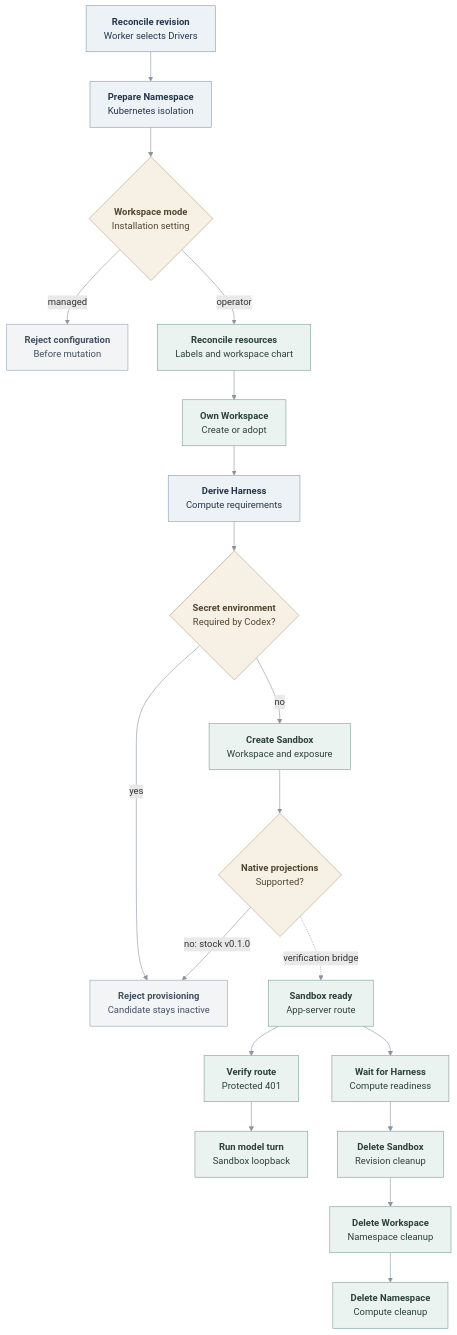
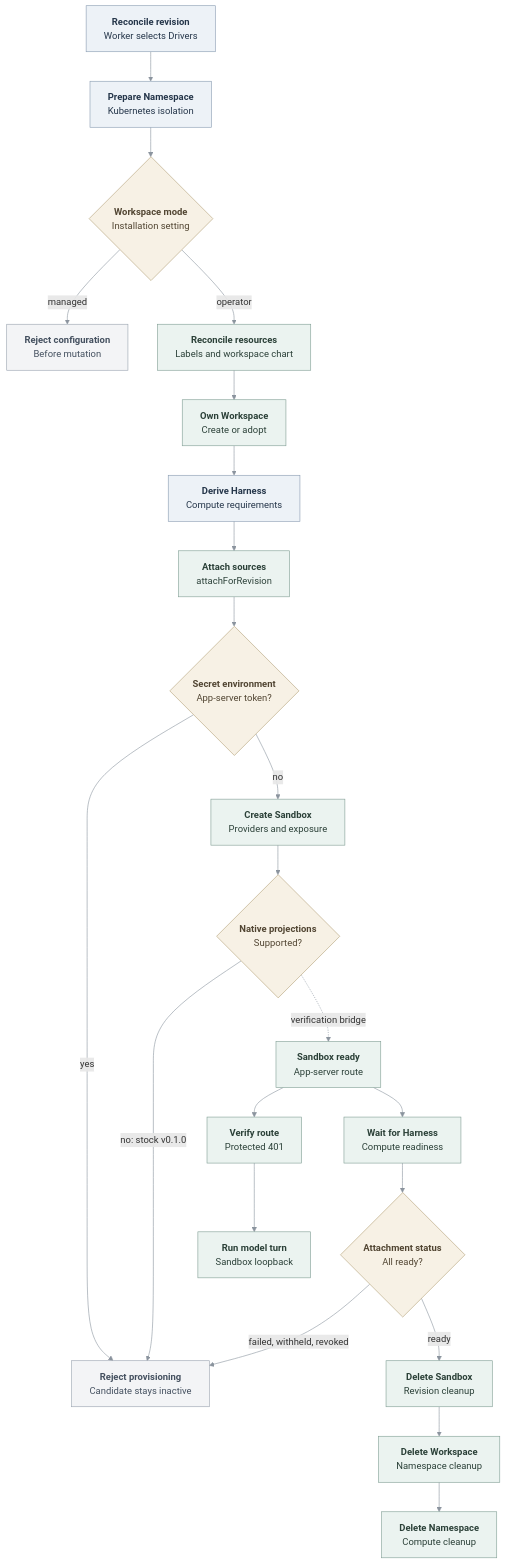
Before and after one commit to IsaiahStapleton/openclaw-enterprise: the diagram in docs/flows/openshell-sandbox-provisioning.md, drawn with Mermaid. The commit also changed other lines of this file and 82 other files, not shown here.

````diff
--- a/docs/flows/openshell-sandbox-provisioning.md
+++ b/docs/flows/openshell-sandbox-provisioning.md
@@ -47,31 +47,34 @@
 ```mermaid
 graph TD
   A["<b>Reconcile revision</b><br/>Worker selects Drivers"] --> B["<b>Prepare Namespace</b><br/>Kubernetes isolation"]
   B --> C{"<b>Workspace mode</b><br/>Installation setting"}
   C -- "managed" --> X["<b>Reject configuration</b><br/>Before mutation"]
   C -- "operator" --> D["<b>Reconcile resources</b><br/>Labels and workspace chart"]
   D --> E["<b>Own Workspace</b><br/>Create or adopt"]
   E --> F["<b>Derive Harness</b><br/>Compute requirements"]
-  F --> G{"<b>Secret environment</b><br/>Required by Codex?"}
+  F --> Q["<b>Attach sources</b><br/>attachForRevision"]
+  Q --> G{"<b>Secret environment</b><br/>App-server token?"}
   G -- "yes" --> R["<b>Reject provisioning</b><br/>Candidate stays inactive"]
-  G -- "no" --> H["<b>Create Sandbox</b><br/>Workspace and exposure"]
+  G -- "no" --> H["<b>Create Sandbox</b><br/>Providers and exposure"]
   H --> I{"<b>Native projections</b><br/>Supported?"}
   I -- "no: stock v0.1.0" --> R
   I -. "verification bridge" .-> J["<b>Sandbox ready</b><br/>App-server route"]
   J --> K["<b>Verify route</b><br/>Protected 401"]
   K --> L["<b>Run model turn</b><br/>Sandbox loopback"]
   J --> M["<b>Wait for Harness</b><br/>Compute readiness"]
-  M --> N["<b>Delete Sandbox</b><br/>Revision cleanup"]
+  M --> S{"<b>Attachment status</b><br/>All ready?"}
+  S -- "failed, withheld, revoked" --> R
+  S -- "ready" --> N["<b>Delete Sandbox</b><br/>Revision cleanup"]
   N --> O["<b>Delete Workspace</b><br/>Namespace cleanup"]
   O --> P["<b>Delete Namespace</b><br/>Compute cleanup"]
 
   classDef state fill:#EDF2F7,stroke:#879AB0,color:#25364A,stroke-width:1px
   classDef operation fill:#EBF3F0,stroke:#7F9D93,color:#2B4038,stroke-width:1px
   classDef gate fill:#F7F1E5,stroke:#B3A078,color:#514532,stroke-width:1px
   classDef blocked fill:#F3F4F6,stroke:#98A2AE,color:#44505F,stroke-width:1px
   class A,B,F state
-  class D,E,H,J,K,L,M,N,O,P operation
-  class C,G,I gate
+  class D,E,Q,H,J,K,L,M,N,O,P operation
+  class C,G,I,S gate
   class X,R blocked
   linkStyle default stroke:#8B949E,stroke-width:1px
 ```
````
